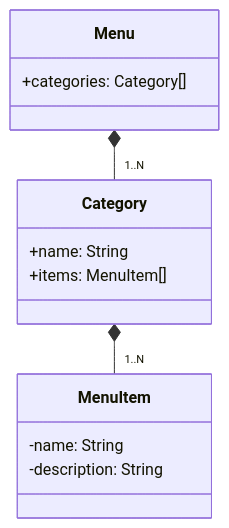
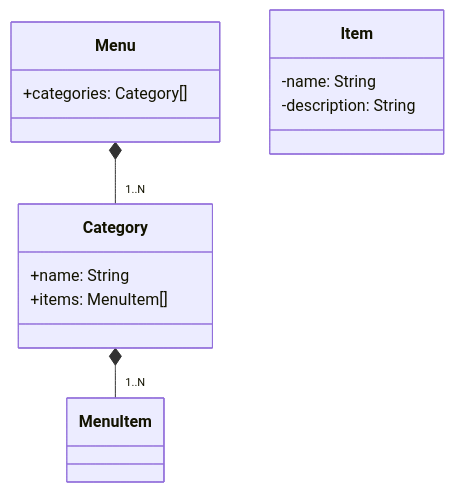
One commit to do5-5anto5/api-dio-challenge changed the diagram in README.md. Above: the diagram before and after it, drawn with Mermaid. The commit also changed 4 other files, not shown here.

````diff
--- a/README.md
+++ b/README.md
@@ -5,17 +5,17 @@
 ```mermaid
 classDiagram
   class Menu {
     +categories: Category[]
   }
   class Category {
     +name: String
     +items: MenuItem[]
   }
-  class MenuItem {
+  class Item {
     -name: String
     -description: String
   }
 
   Menu *-- "1..N" Category
   Category *-- "1..N" MenuItem
 ```
````
